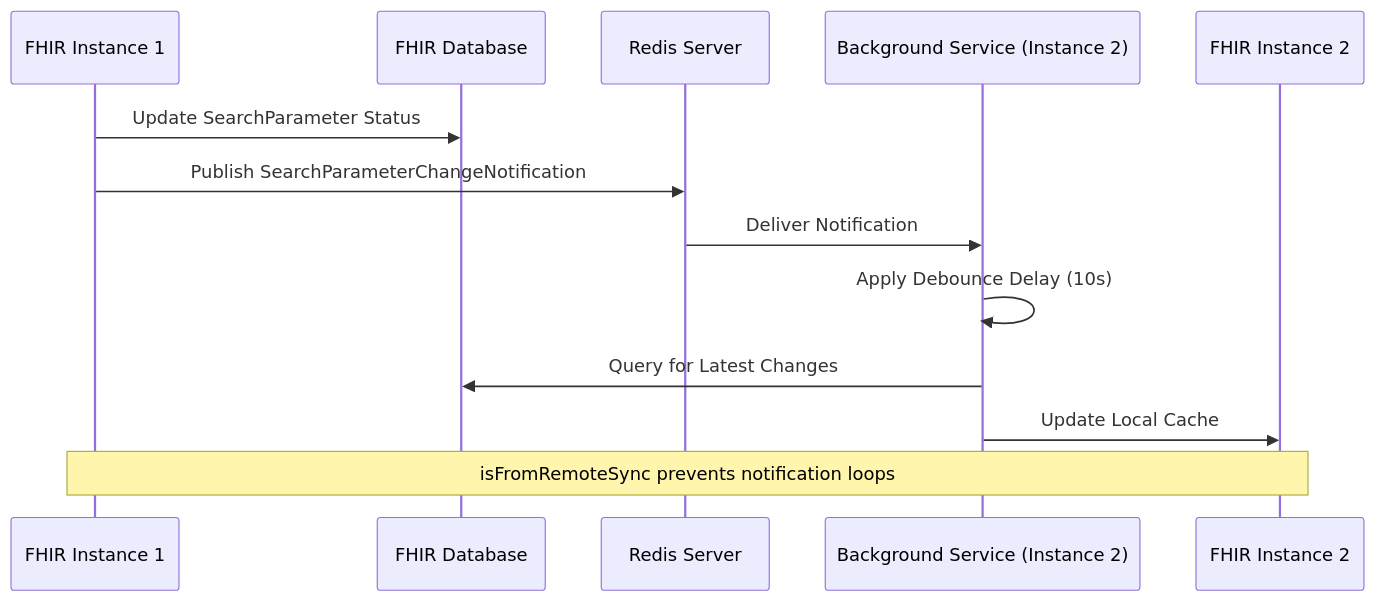
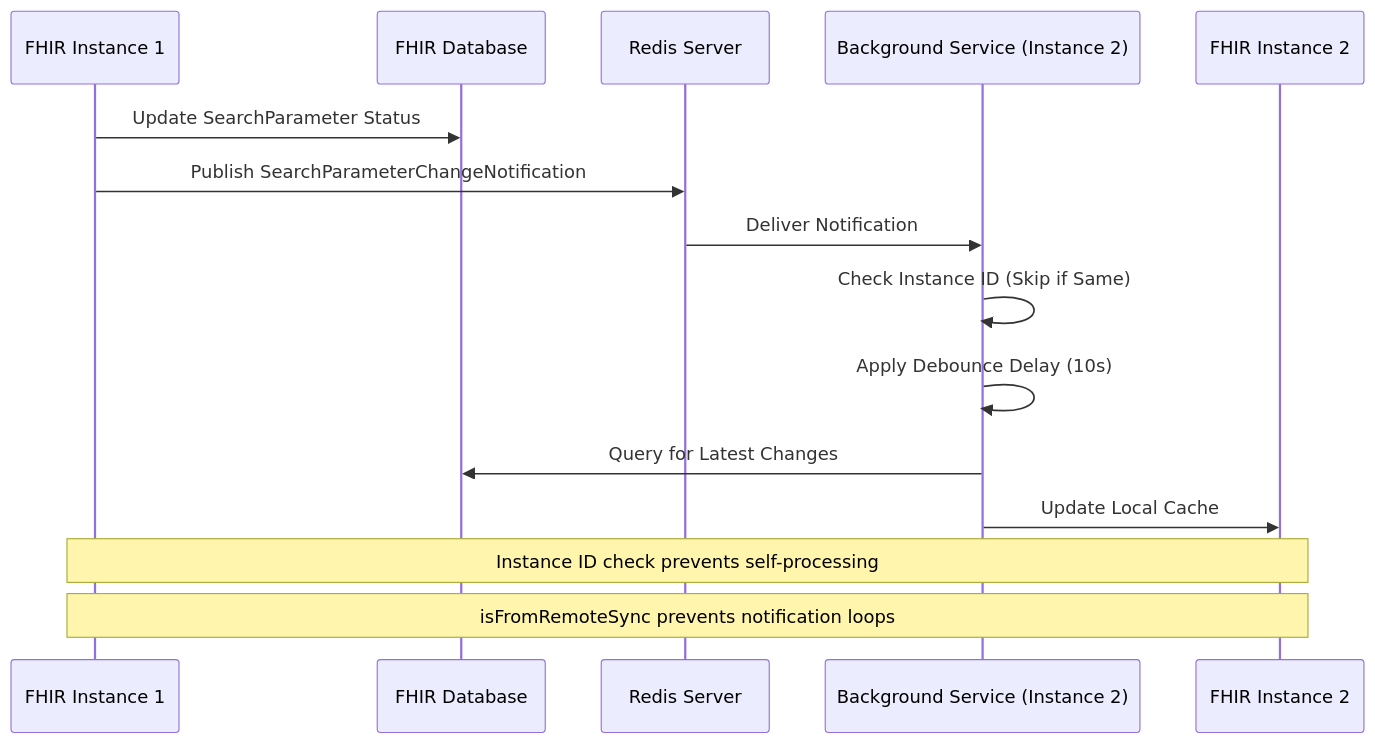
The diagram in docs/Redis-SearchParameter-StatusManager.md (microsoft/fhir-server), drawn with Mermaid before and after one commit. The commit also changed other lines of this file and 2 other files, not shown here.

````diff
--- a/docs/Redis-SearchParameter-StatusManager.md
+++ b/docs/Redis-SearchParameter-StatusManager.md
@@ -71,17 +73,19 @@
 ```mermaid
 sequenceDiagram
     participant Instance1 as FHIR Instance 1
     participant Database as FHIR Database
     participant Redis as Redis Server
     participant BgService as Background Service (Instance 2)
     participant Instance2 as FHIR Instance 2
 
     Instance1->>Database: Update SearchParameter Status
     Instance1->>Redis: Publish SearchParameterChangeNotification
     Redis->>BgService: Deliver Notification
+    BgService->>BgService: Check Instance ID (Skip if Same)
     BgService->>BgService: Apply Debounce Delay (10s)
     BgService->>Database: Query for Latest Changes
     BgService->>Instance2: Update Local Cache
     
+    Note over Instance1,Instance2: Instance ID check prevents self-processing
     Note over Instance1,Instance2: isFromRemoteSync prevents notification loops
 ```
````
